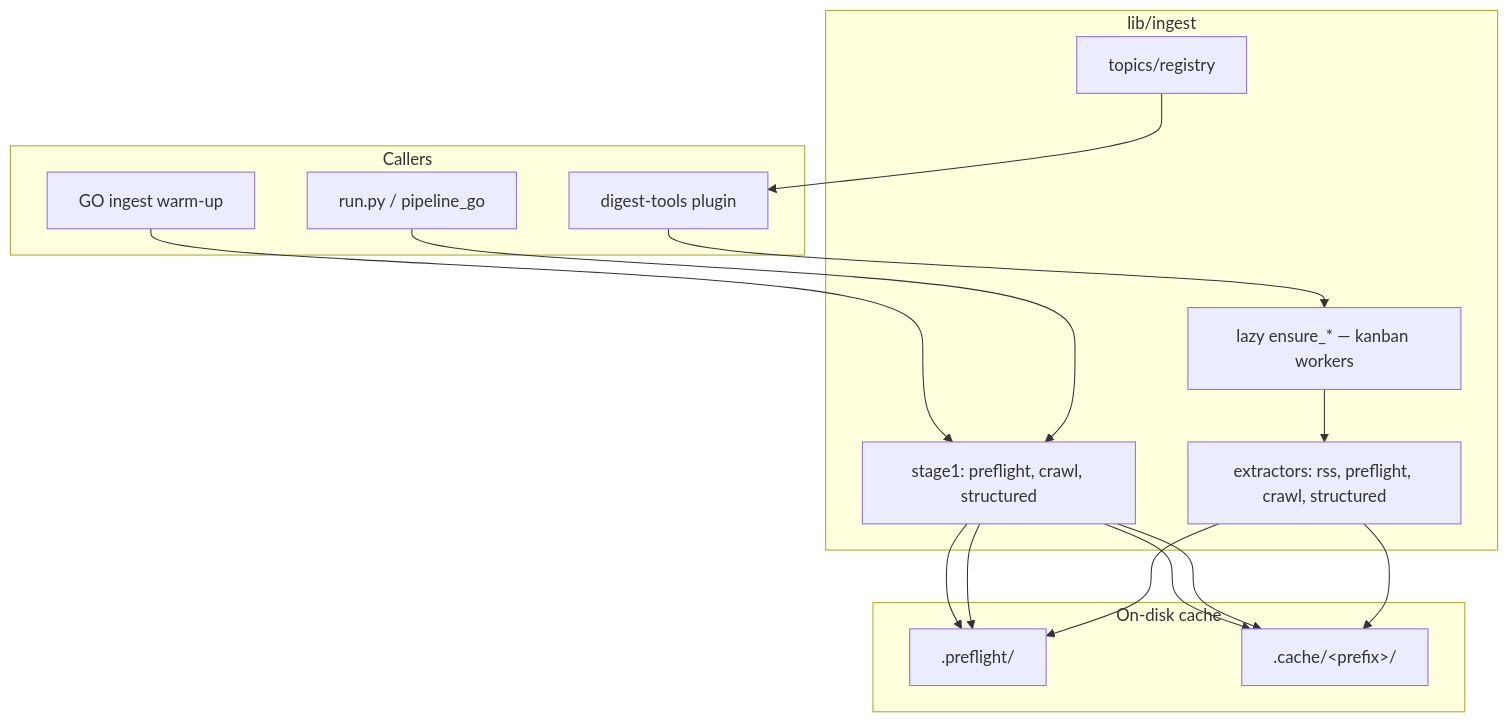
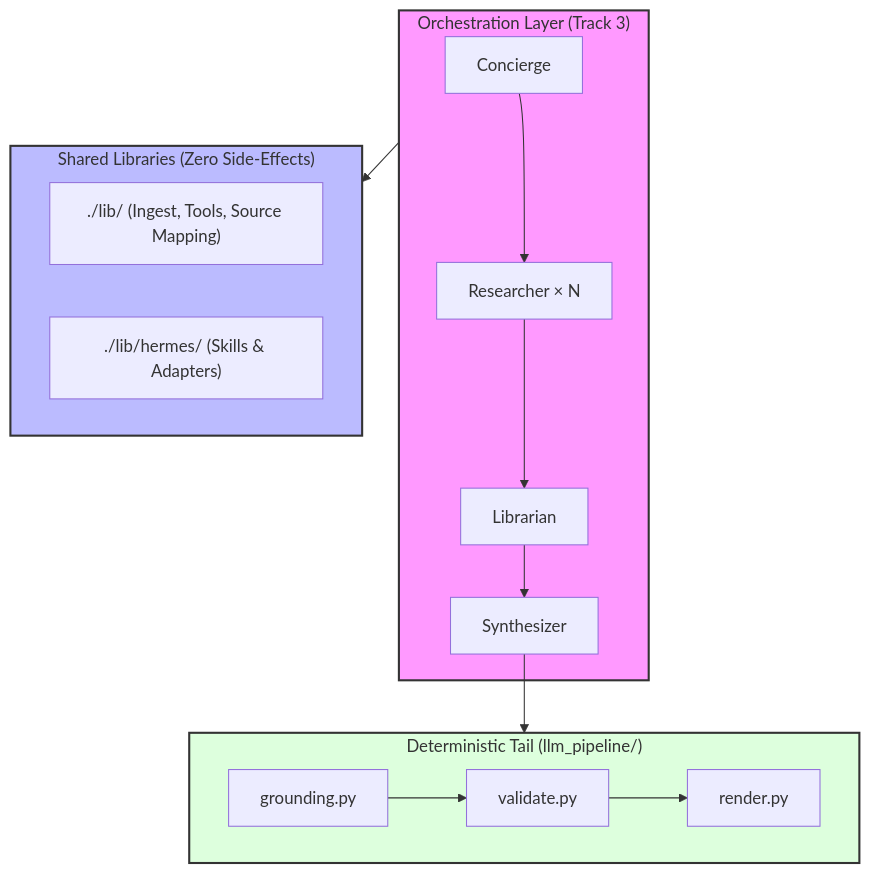
One commit to mameen/AI_Digest changed the first of 3 diagrams in agentic/hermes/docs/ARCHITECTURE.md. Above: the diagram before and after it, drawn with Mermaid. The commit also changed other lines of this file and 7 other files, not shown here.

````diff
--- a/agentic/hermes/docs/ARCHITECTURE.md
+++ b/agentic/hermes/docs/ARCHITECTURE.md
@@ -107,25 +11,25 @@
 ```mermaid
-flowchart TB
-    subgraph lib [lib/ingest]
-        REG[topics/registry]
-        ST1[stage1: preflight, crawl, structured]
-        LAZY[lazy ensure_* — kanban workers]
-        EXT[extractors: rss, preflight, crawl, structured]
+flowchart TD
+    subgraph Orchestration["Orchestration Layer (Track 3)"]
+        A[Concierge] --> B[Researcher × N]
+        B --> C[Librarian]
+        C --> D[Synthesizer]
     end
 
-    subgraph tracks [Callers]
-        WARM[GO ingest warm-up]
-        WORK[digest-tools plugin]
-        BATCH[run.py / pipeline_go]
+    subgraph SharedLibs["Shared Libraries (Zero Side-Effects)"]
+        E["./lib/ (Ingest, Tools, Source Mapping)"]
+        F["./lib/hermes/ (Skills & Adapters)"]
     end
 
-    subgraph cache [On-disk cache]
-        PF[".preflight/"]
-        CA[".cache/&lt;prefix&gt;/"]
+    subgraph Tail["Deterministic Tail (llm_pipeline/)"]
+        G[grounding.py] --> H[validate.py] --> I[render.py]
     end
 
-    WARM --> ST1 --> PF & CA
-    BATCH --> ST1 --> PF & CA
-    WORK --> LAZY --> EXT --> PF & CA
-    REG --> WORK
+    Orchestration --> SharedLibs
+    D --> Tail
+
+    style Orchestration fill:#f9f,stroke:#333,stroke-width:2px
+    style SharedLibs fill:#bbf,stroke:#333,stroke-width:2px
+    style Tail fill:#dfd,stroke:#333,stroke-width:2px
+
 ```
````
